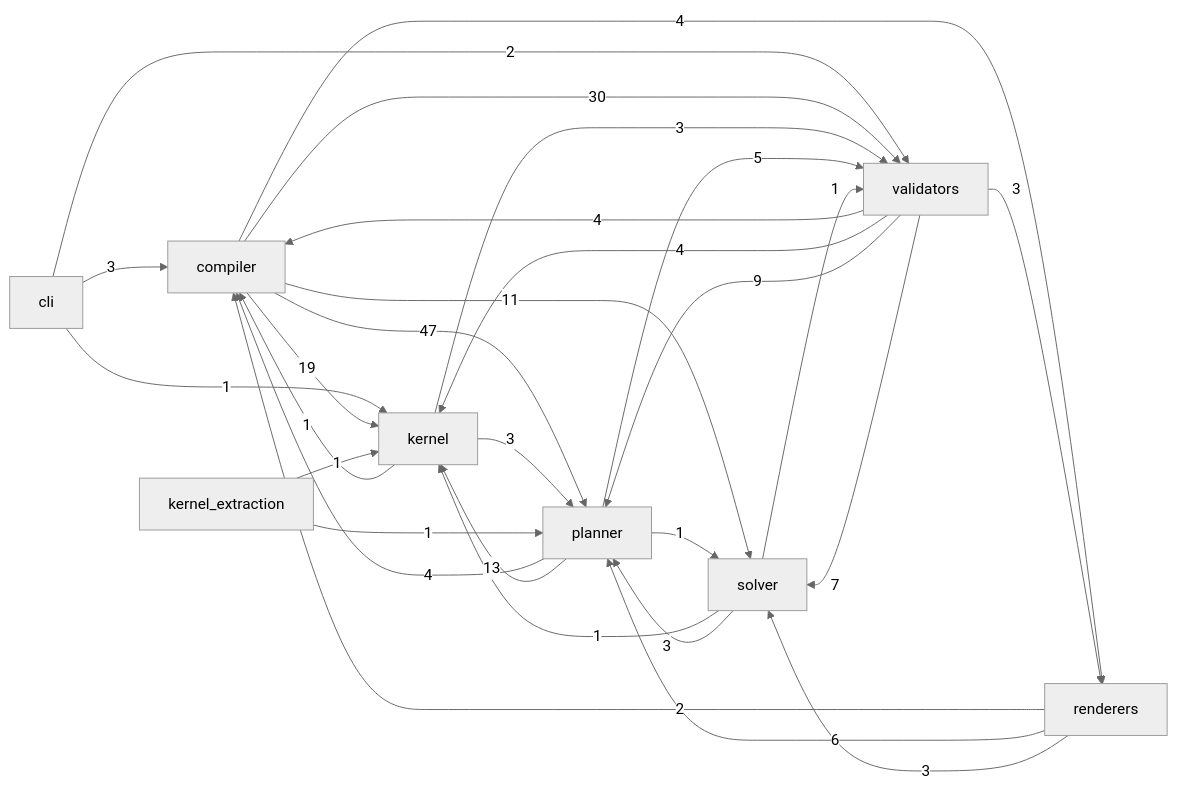
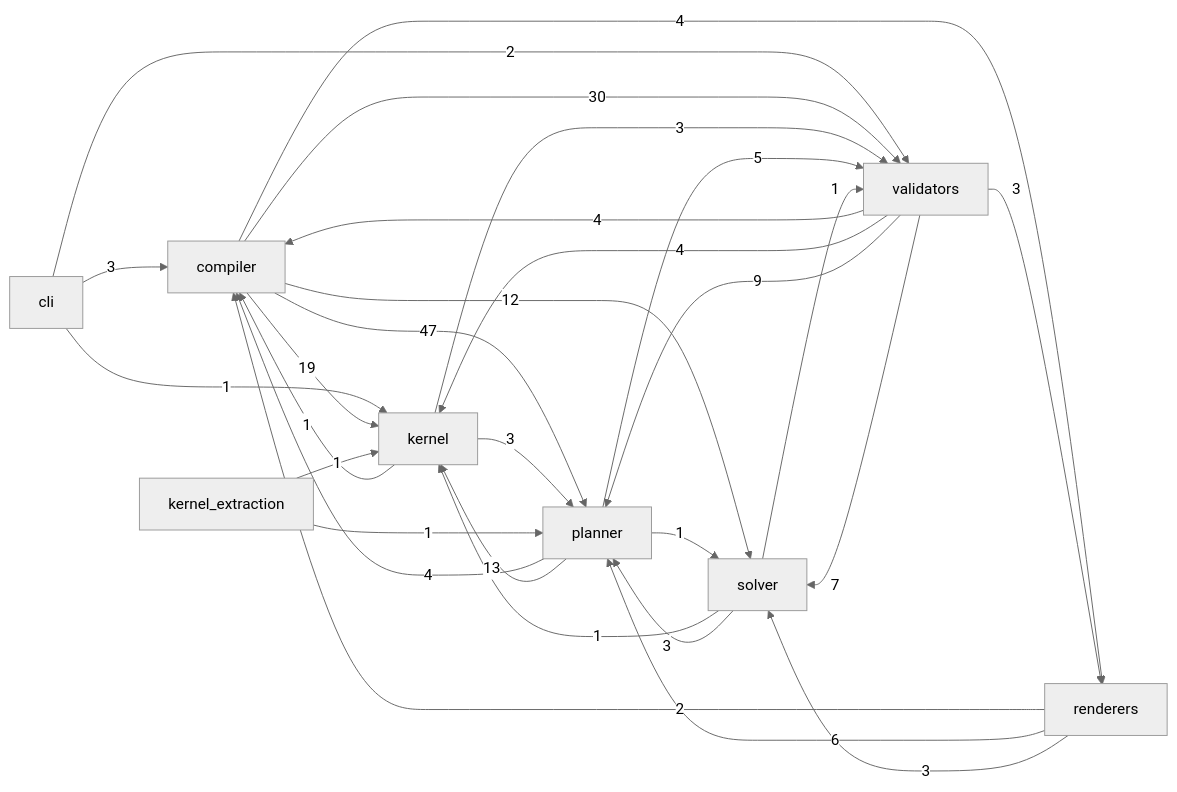
The diagram in docs/reference/code.md (Kingsley-Cyber/cinematic-compiler-core), drawn with Mermaid (neutral theme) before and after one commit. The commit also changed other lines of this file and 50 other files, not shown here.

````diff
--- a/docs/reference/code.md
+++ b/docs/reference/code.md
@@ -15,31 +15,31 @@
 ```mermaid
 flowchart LR
   cli -->|3| compiler
   cli -->|1| kernel
   cli -->|2| validators
   compiler -->|19| kernel
   compiler -->|47| planner
   compiler -->|4| renderers
-  compiler -->|11| solver
+  compiler -->|12| solver
   compiler -->|30| validators
   kernel -->|1| compiler
   kernel -->|3| planner
   kernel -->|3| validators
   kernel_extraction -->|1| kernel
   kernel_extraction -->|1| planner
   planner -->|4| compiler
   planner -->|13| kernel
   planner -->|1| solver
   planner -->|5| validators
   renderers -->|2| compiler
   renderers -->|6| planner
   renderers -->|3| solver
   solver -->|1| kernel
   solver -->|3| planner
   solver -->|1| validators
   validators -->|4| compiler
   validators -->|4| kernel
   validators -->|9| planner
   validators -->|3| renderers
   validators -->|7| solver
 ```
````
